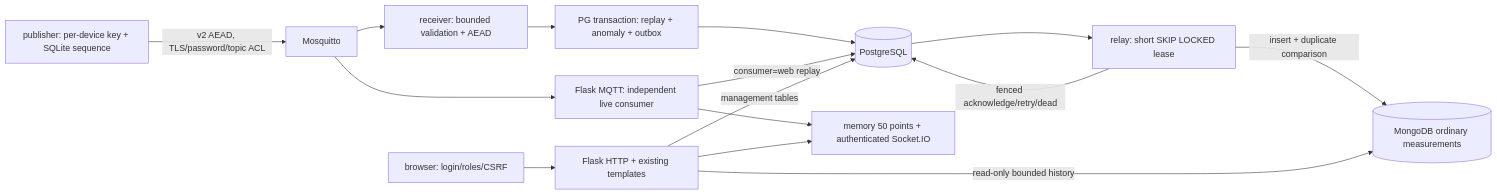
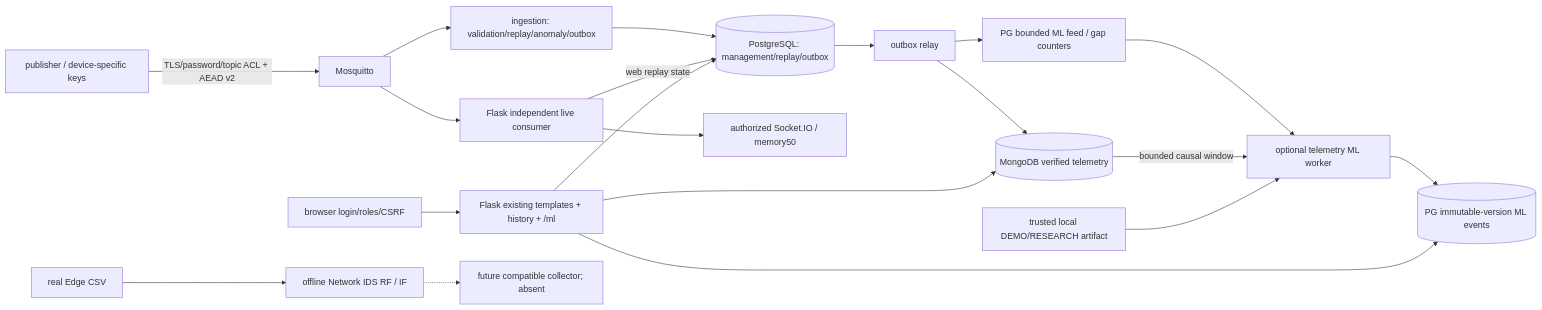
One commit to OneBumBot/Light-Crypto-Manager changed the diagram in docs/CURRENT_ARCHITECTURE.md. Above: the diagram before and after it, drawn with Mermaid. The commit also changed other lines of this file and 17 other files, not shown here.

Commit message:
docs: record ML architecture experiments dataset candidates and limitations

````diff
--- a/docs/CURRENT_ARCHITECTURE.md
+++ b/docs/CURRENT_ARCHITECTURE.md
@@ -7,17 +7,22 @@
 ```mermaid
 flowchart LR
-    P["publisher: per-device key + SQLite sequence"] -->|"v2 AEAD, TLS/password/topic ACL"| B[Mosquitto]
-    B --> R["receiver: bounded validation + AEAD"]
-    R --> T["PG transaction: replay + anomaly + outbox"]
-    T --> PG[(PostgreSQL)]
-    PG --> C["relay: short SKIP LOCKED lease"]
-    C -->|"insert + duplicate comparison"| M[("MongoDB ordinary measurements")]
-    C -->|"fenced acknowledge/retry/dead"| PG
-    B --> W["Flask MQTT: independent live consumer"]
-    W -->|"consumer=web replay"| PG
-    W --> S["memory 50 points + authenticated Socket.IO"]
-    U["browser: login/roles/CSRF"] --> F["Flask HTTP + existing templates"]
-    F -->|"management tables"| PG
-    F -->|"read-only bounded history"| M
-    F --> S
+    P["publisher / device-specific keys"] -->|"TLS/password/topic ACL + AEAD v2"| B[Mosquitto]
+    B --> I["ingestion: validation/replay/anomaly/outbox"]
+    I --> PG[("PostgreSQL: management/replay/outbox")]
+    PG --> R["outbox relay"]
+    R --> M[("MongoDB verified telemetry")]
+    R --> F["PG bounded ML feed / gap counters"]
+    F --> W["optional telemetry ML worker"]
+    M -->|"bounded causal window"| W
+    A["trusted local DEMO/RESEARCH artifact"] --> W
+    W --> E[("PG immutable-version ML events")]
+    B --> L["Flask independent live consumer"]
+    L -->|"web replay state"| PG
+    L --> S["authorized Socket.IO / memory50"]
+    U["browser login/roles/CSRF"] --> H["Flask existing templates + history + /ml"]
+    H --> PG
+    H --> M
+    H --> E
+    X["real Edge CSV"] --> N["offline Network IDS RF / IF"]
+    N -.-> C["future compatible collector; absent"]
 ```
````
